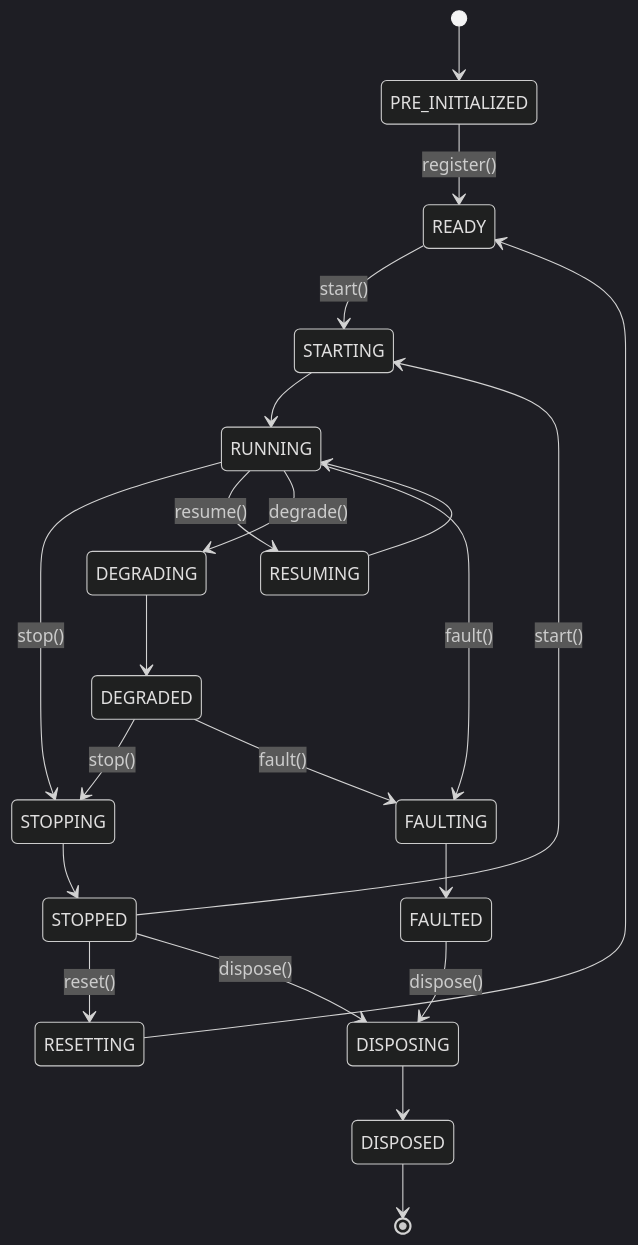
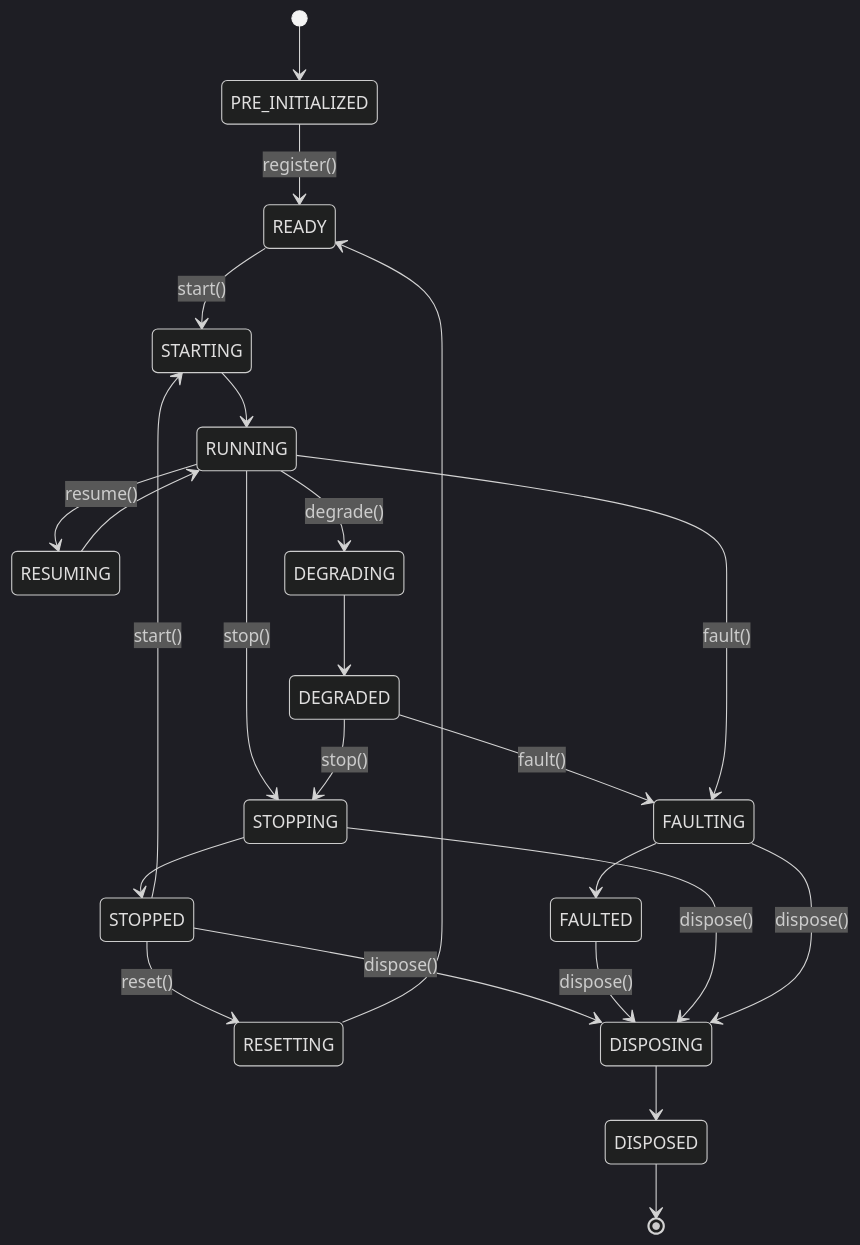
One commit to brianmok888/nautilus-trader-dev-skill changed the first of 4 diagrams in references/concepts/architecture.md. Above: the diagram before and after it, drawn with Mermaid (dark theme). The commit also changed other lines of this file and 3 other files, not shown here.

````diff
--- a/references/concepts/architecture.md
+++ b/references/concepts/architecture.md
@@ -291,34 +294,36 @@
 ```mermaid
 stateDiagram-v2
     [*] --> PRE_INITIALIZED
 
     PRE_INITIALIZED --> READY : register()
 
     READY --> STARTING : start()
     STARTING --> RUNNING
 
     RUNNING --> STOPPING : stop()
     STOPPING --> STOPPED
 
     STOPPED --> STARTING : start()
     STOPPED --> RESETTING : reset()
     RESETTING --> READY
 
     RUNNING --> RESUMING : resume()
     RESUMING --> RUNNING
 
     RUNNING --> DEGRADING : degrade()
     DEGRADING --> DEGRADED
 
     DEGRADED --> STOPPING : stop()
     DEGRADED --> FAULTING : fault()
 
     RUNNING --> FAULTING : fault()
     FAULTING --> FAULTED
 
     STOPPED --> DISPOSING : dispose()
     FAULTED --> DISPOSING : dispose()
+    STOPPING --> DISPOSING : dispose()
+    FAULTING --> DISPOSING : dispose()
     DISPOSING --> DISPOSED
 
     DISPOSED --> [*]
 ```
````
